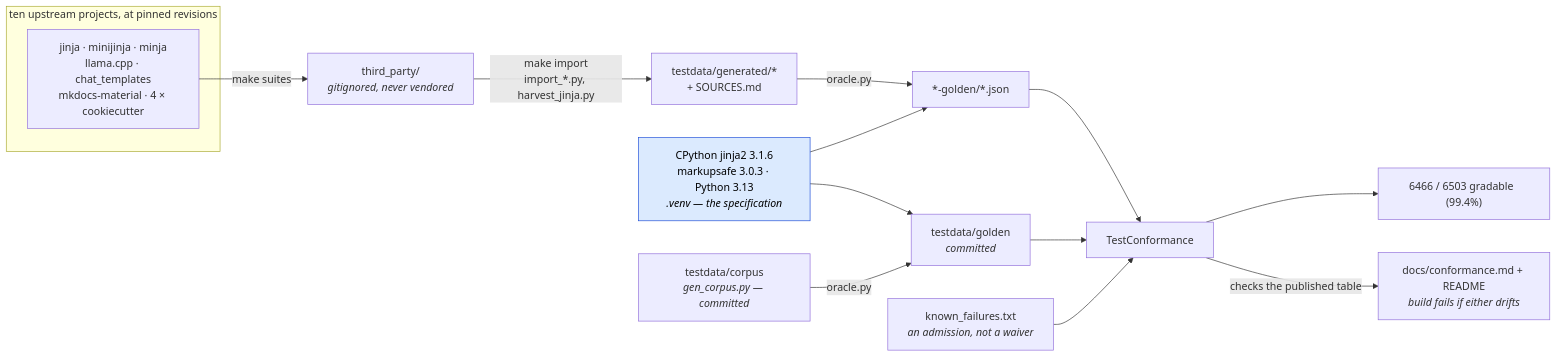
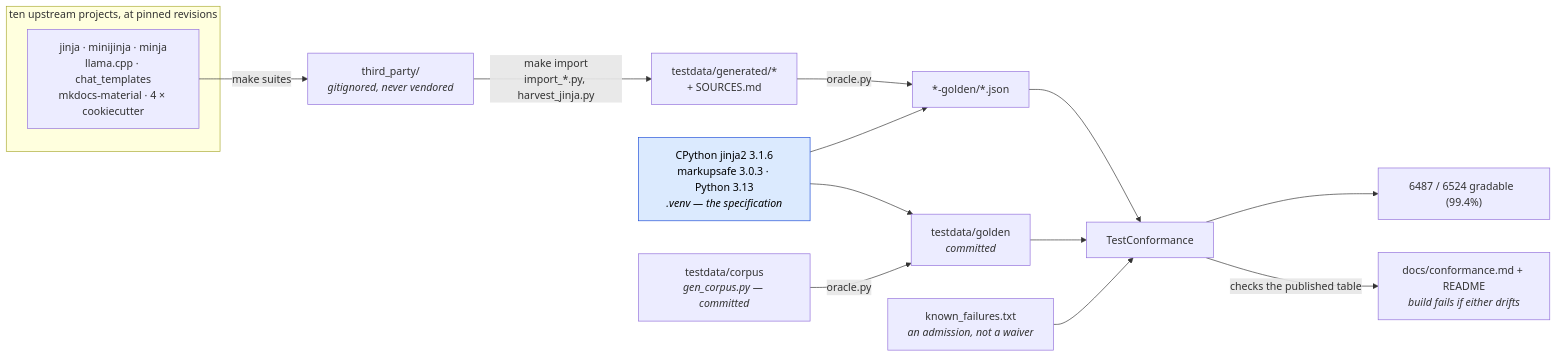
One commit to mgilbir/gojja2 changed the first of 2 diagrams in docs/conformance.md. Above: the diagram before and after it, drawn with Mermaid. The commit also changed other lines of this file and 48 other files, not shown here.

````diff
--- a/docs/conformance.md
+++ b/docs/conformance.md
@@ -17,24 +17,24 @@
 ```mermaid
 flowchart LR
     subgraph up["ten upstream projects, at pinned revisions"]
         U1["jinja · minijinja · minja<br/>llama.cpp · chat_templates<br/>mkdocs-material · 4 × cookiecutter"]
     end
     U1 -->|"make suites"| TP["third_party/<br/><i>gitignored, never vendored</i>"]
     TP -->|"make import<br/>import_*.py, harvest_jinja.py"| GEN["testdata/generated/*<br/>+ SOURCES.md"]
 
     ORA["CPython jinja2 3.1.6<br/>markupsafe 3.0.3 · Python 3.13<br/><i>.venv — the specification</i>"]
     GEN -->|"oracle.py"| G2["*-golden/*.json"]
     ORA --> G2
 
     OWN["testdata/corpus<br/><i>gen_corpus.py — committed</i>"] -->|"oracle.py"| G1["testdata/golden<br/><i>committed</i>"]
     ORA --> G1
 
     G1 --> TC["TestConformance"]
     G2 --> TC
     KF["known_failures.txt<br/><i>an admission, not a waiver</i>"] --> TC
-    TC --> RATE["6466 / 6503 gradable  (99.4%)"]
+    TC --> RATE["6487 / 6524 gradable  (99.4%)"]
     TC -->|"checks the published table"| RM["docs/conformance.md + README<br/><i>build fails if either drifts</i>"]
 
     classDef spec fill:#dbeafe,stroke:#1d4ed8,color:#000
     class ORA spec
 ```
````
